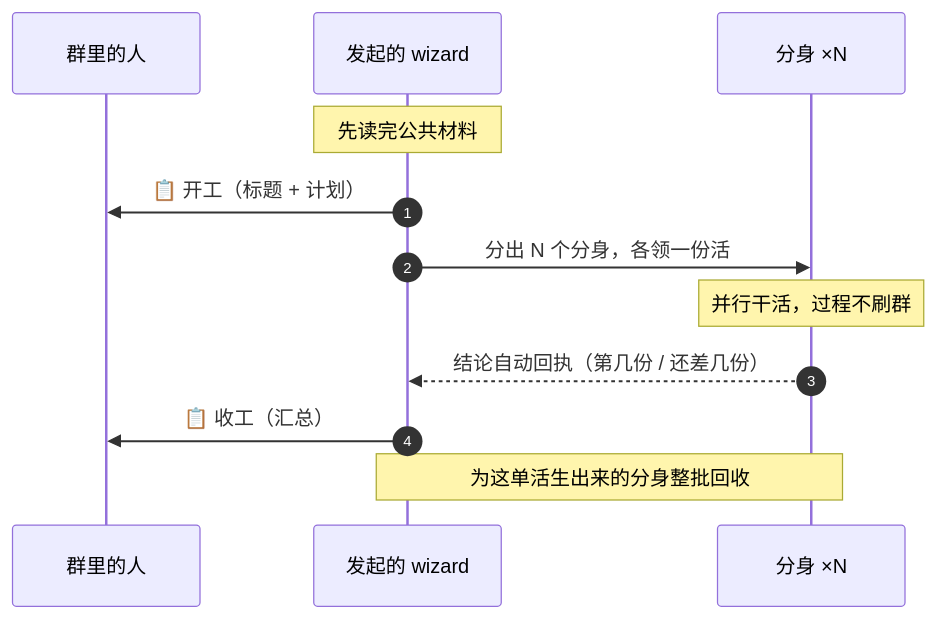
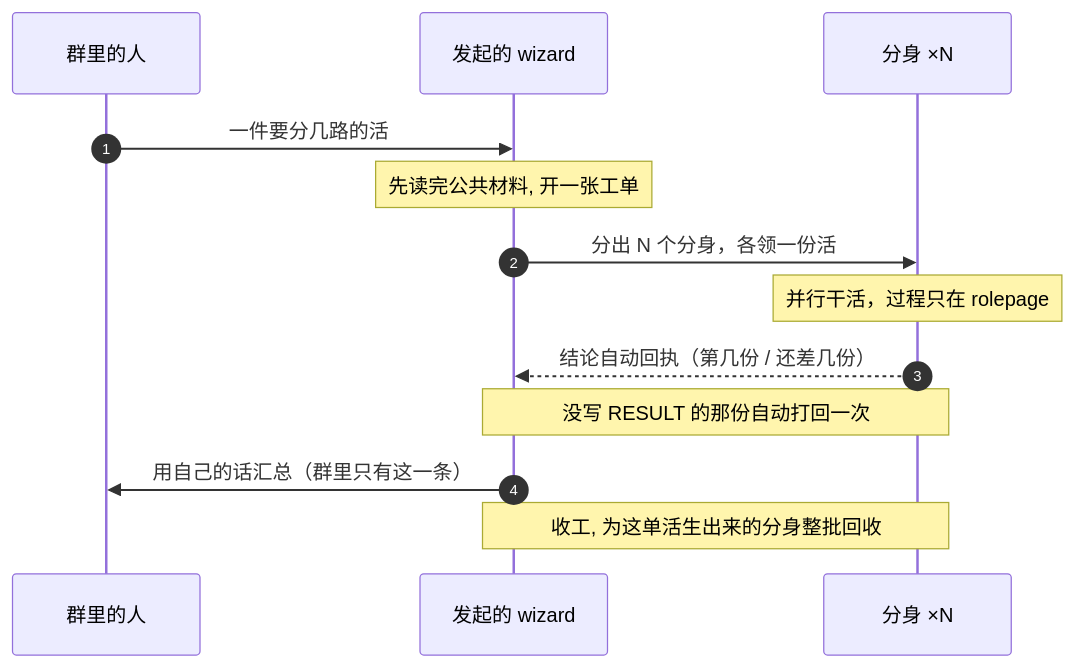
Before and after one commit to guxi11/wezard: the second of 2 diagrams in README.md, drawn with Mermaid. The commit also changed other lines of this file and 5 other files, not shown here.

First line of the commit message:
docs: README 换 hero 与镜像配图, 按 2.3–2.4 的变更更新 README / 技术说明 / 审批配置

````diff
--- a/README.md
+++ b/README.md
@@ -194,15 +203,16 @@
 ```mermaid
 sequenceDiagram
     autonumber
     participant U as 群里的人
     participant W as 发起的 wizard
     participant K as 分身 ×N
 
-    Note over W: 先读完公共材料
-    W->>U: 📋 开工（标题 + 计划）
+    U->>W: 一件要分几路的活
+    Note over W: 先读完公共材料, 开一张工单
     W->>K: 分出 N 个分身，各领一份活
-    Note over K: 并行干活，过程不刷群
+    Note over K: 并行干活，过程只在 rolepage
     K-->>W: 结论自动回执（第几份 / 还差几份）
-    W->>U: 📋 收工（汇总）
-    Note over W,K: 为这单活生出来的分身整批回收
+    Note over W,K: 没写 RESULT 的那份自动打回一次
+    W->>U: 用自己的话汇总（群里只有这一条）
+    Note over W,K: 收工, 为这单活生出来的分身整批回收
 ```
````
